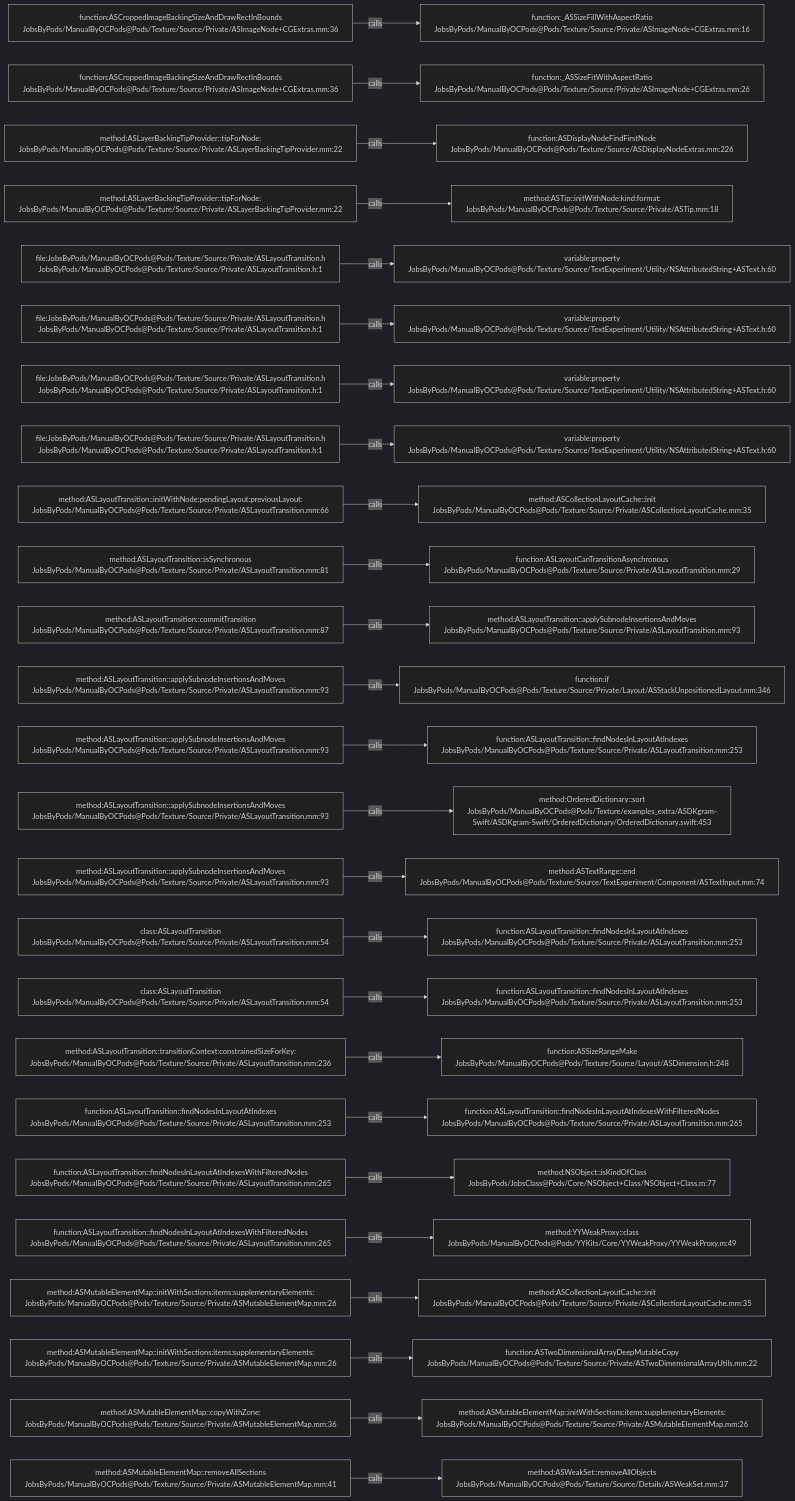
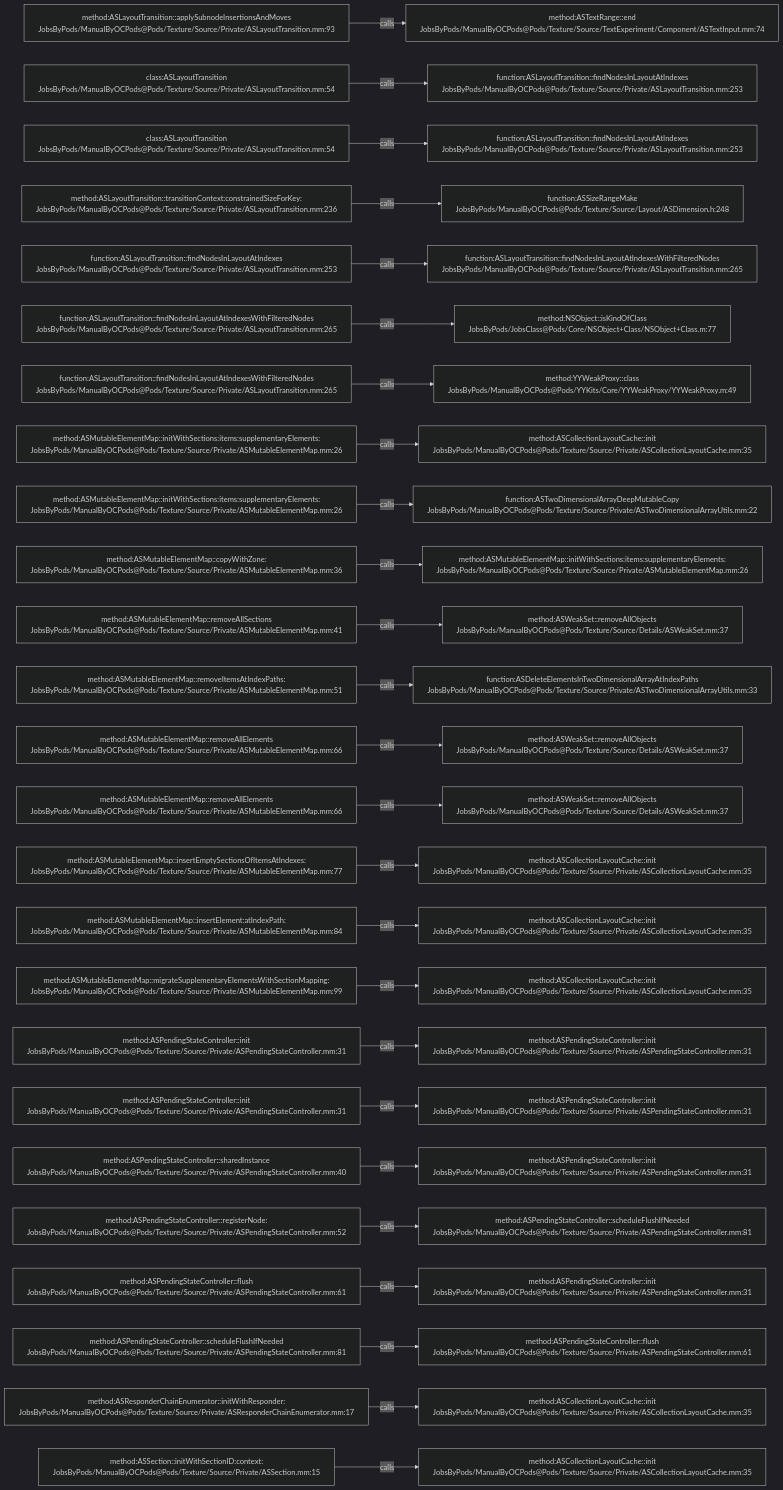
Before and after one commit to JobsKits/JobsOCBaseConfigDemo: the diagram in .codegraph/codegraph.md/graphs/calls-192.md, drawn with Mermaid (dark theme). The commit also changed 296 other files, not shown here.

````diff
--- a/.codegraph/codegraph.md/graphs/calls-192.md
+++ b/.codegraph/codegraph.md/graphs/calls-192.md
@@ -13,78 +13,78 @@
 ```mermaid
 flowchart LR
-  S1["function:ASCroppedImageBackingSizeAndDrawRectInBounds<br/>JobsByPods/ManualByOCPods@Pods/Texture/Source/Private/ASImageNode+CGExtras.mm:36"]
-  T1["function:_ASSizeFillWithAspectRatio<br/>JobsByPods/ManualByOCPods@Pods/Texture/Source/Private/ASImageNode+CGExtras.mm:16"]
+  S1["method:ASLayoutTransition::applySubnodeInsertionsAndMoves<br/>JobsByPods/ManualByOCPods@Pods/Texture/Source/Private/ASLayoutTransition.mm:93"]
+  T1["method:ASTextRange::end<br/>JobsByPods/ManualByOCPods@Pods/Texture/Source/TextExperiment/Component/ASTextInput.mm:74"]
   S1 -->|calls| T1
-  S2["function:ASCroppedImageBackingSizeAndDrawRectInBounds<br/>JobsByPods/ManualByOCPods@Pods/Texture/Source/Private/ASImageNode+CGExtras.mm:36"]
-  T2["function:_ASSizeFitWithAspectRatio<br/>JobsByPods/ManualByOCPods@Pods/Texture/Source/Private/ASImageNode+CGExtras.mm:26"]
+  S2["class:ASLayoutTransition<br/>JobsByPods/ManualByOCPods@Pods/Texture/Source/Private/ASLayoutTransition.mm:54"]
+  T2["function:ASLayoutTransition::findNodesInLayoutAtIndexes<br/>JobsByPods/ManualByOCPods@Pods/Texture/Source/Private/ASLayoutTransition.mm:253"]
   S2 -->|calls| T2
-  S3["method:ASLayerBackingTipProvider::tipForNode:<br/>JobsByPods/ManualByOCPods@Pods/Texture/Source/Private/ASLayerBackingTipProvider.mm:22"]
-  T3["function:ASDisplayNodeFindFirstNode<br/>JobsByPods/ManualByOCPods@Pods/Texture/Source/ASDisplayNodeExtras.mm:226"]
+  S3["class:ASLayoutTransition<br/>JobsByPods/ManualByOCPods@Pods/Texture/Source/Private/ASLayoutTransition.mm:54"]
+  T3["function:ASLayoutTransition::findNodesInLayoutAtIndexes<br/>JobsByPods/ManualByOCPods@Pods/Texture/Source/Private/ASLayoutTransition.mm:253"]
   S3 -->|calls| T3
-  S4["method:ASLayerBackingTipProvider::tipForNode:<br/>JobsByPods/ManualByOCPods@Pods/Texture/Source/Private/ASLayerBackingTipProvider.mm:22"]
-  T4["method:ASTip::initWithNode:kind:format:<br/>JobsByPods/ManualByOCPods@Pods/Texture/Source/Private/ASTip.mm:18"]
+  S4["method:ASLayoutTransition::transitionContext:constrainedSizeForKey:<br/>JobsByPods/ManualByOCPods@Pods/Texture/Source/Private/ASLayoutTransition.mm:236"]
+  T4["function:ASSizeRangeMake<br/>JobsByPods/ManualByOCPods@Pods/Texture/Source/Layout/ASDimension.h:248"]
   S4 -->|calls| T4
-  S5["file:JobsByPods/ManualByOCPods@Pods/Texture/Source/Private/ASLayoutTransition.h<br/>JobsByPods/ManualByOCPods@Pods/Texture/Source/Private/ASLayoutTransition.h:1"]
-  T5["variable:property<br/>JobsByPods/ManualByOCPods@Pods/Texture/Source/TextExperiment/Utility/NSAttributedString+ASText.h:60"]
+  S5["function:ASLayoutTransition::findNodesInLayoutAtIndexes<br/>JobsByPods/ManualByOCPods@Pods/Texture/Source/Private/ASLayoutTransition.mm:253"]
+  T5["function:ASLayoutTransition::findNodesInLayoutAtIndexesWithFilteredNodes<br/>JobsByPods/ManualByOCPods@Pods/Texture/Source/Private/ASLayoutTransition.mm:265"]
   S5 -->|calls| T5
-  S6["file:JobsByPods/ManualByOCPods@Pods/Texture/Source/Private/ASLayoutTransition.h<br/>JobsByPods/ManualByOCPods@Pods/Texture/Source/Private/ASLayoutTransition.h:1"]
-  T6["variable:property<br/>JobsByPods/ManualByOCPods@Pods/Texture/Source/TextExperiment/Utility/NSAttributedString+ASText.h:60"]
+  S6["function:ASLayoutTransition::findNodesInLayoutAtIndexesWithFilteredNodes<br/>JobsByPods/ManualByOCPods@Pods/Texture/Source/Private/ASLayoutTransition.mm:265"]
+  T6["method:NSObject::isKindOfClass<br/>JobsByPods/JobsClass@Pods/Core/NSObject+Class/NSObject+Class.m:77"]
   S6 -->|calls| T6
-  S7["file:JobsByPods/ManualByOCPods@Pods/Texture/Source/Private/ASLayoutTransition.h<br/>JobsByPods/ManualByOCPods@Pods/Texture/Source/Private/ASLayoutTransition.h:1"]
-  T7["variable:property<br/>JobsByPods/ManualByOCPods@Pods/Texture/Source/TextExperiment/Utility/NSAttributedString+ASText.h:60"]
+  S7["function:ASLayoutTransition::findNodesInLayoutAtIndexesWithFilteredNodes<br/>JobsByPods/ManualByOCPods@Pods/Texture/Source/Private/ASLayoutTransition.mm:265"]
+  T7["method:YYWeakProxy::class<br/>JobsByPods/ManualByOCPods@Pods/YYKits/Core/YYWeakProxy/YYWeakProxy.m:49"]
   S7 -->|calls| T7
-  S8["file:JobsByPods/ManualByOCPods@Pods/Texture/Source/Private/ASLayoutTransition.h<br/>JobsByPods/ManualByOCPods@Pods/Texture/Source/Private/ASLayoutTransition.h:1"]
-  T8["variable:property<br/>JobsByPods/ManualByOCPods@Pods/Texture/Source/TextExperiment/Utility/NSAttributedString+ASText.h:60"]
+  S8["method:ASMutableElementMap::initWithSections:items:supplementaryElements:<br/>JobsByPods/ManualByOCPods@Pods/Texture/Source/Private/ASMutableElementMap.mm:26"]
+  T8["method:ASCollectionLayoutCache::init<br/>JobsByPods/ManualByOCPods@Pods/Texture/Source/Private/ASCollectionLayoutCache.mm:35"]
   S8 -->|calls| T8
-  S9["method:ASLayoutTransition::initWithNode:pendingLayout:previousLayout:<br/>JobsByPods/ManualByOCPods@Pods/Texture/Source/Private/ASLayoutTransition.mm:66"]
-  T9["method:ASCollectionLayoutCache::init<br/>JobsByPods/ManualByOCPods@Pods/Texture/Source/Private/ASCollectionLayoutCache.mm:35"]
+  S9["method:ASMutableElementMap::initWithSections:items:supplementaryElements:<br/>JobsByPods/ManualByOCPods@Pods/Texture/Source/Private/ASMutableElementMap.mm:26"]
+  T9["function:ASTwoDimensionalArrayDeepMutableCopy<br/>JobsByPods/ManualByOCPods@Pods/Texture/Source/Private/ASTwoDimensionalArrayUtils.mm:22"]
   S9 -->|calls| T9
-  S10["method:ASLayoutTransition::isSynchronous<br/>JobsByPods/ManualByOCPods@Pods/Texture/Source/Private/ASLayoutTransition.mm:81"]
-  T10["function:ASLayoutCanTransitionAsynchronous<br/>JobsByPods/ManualByOCPods@Pods/Texture/Source/Private/ASLayoutTransition.mm:29"]
+  S10["method:ASMutableElementMap::copyWithZone:<br/>JobsByPods/ManualByOCPods@Pods/Texture/Source/Private/ASMutableElementMap.mm:36"]
+  T10["method:ASMutableElementMap::initWithSections:items:supplementaryElements:<br/>JobsByPods/ManualByOCPods@Pods/Texture/Source/Private/ASMutableElementMap.mm:26"]
   S10 -->|calls| T10
-  S11["method:ASLayoutTransition::commitTransition<br/>JobsByPods/ManualByOCPods@Pods/Texture/Source/Private/ASLayoutTransition.mm:87"]
-  T11["method:ASLayoutTransition::applySubnodeInsertionsAndMoves<br/>JobsByPods/ManualByOCPods@Pods/Texture/Source/Private/ASLayoutTransition.mm:93"]
+  S11["method:ASMutableElementMap::removeAllSections<br/>JobsByPods/ManualByOCPods@Pods/Texture/Source/Private/ASMutableElementMap.mm:41"]
+  T11["method:ASWeakSet::removeAllObjects<br/>JobsByPods/ManualByOCPods@Pods/Texture/Source/Details/ASWeakSet.mm:37"]
   S11 -->|calls| T11
-  S12["method:ASLayoutTransition::applySubnodeInsertionsAndMoves<br/>JobsByPods/ManualByOCPods@Pods/Texture/Source/Private/ASLayoutTransition.mm:93"]
-  T12["function:if<br/>JobsByPods/ManualByOCPods@Pods/Texture/Source/Private/Layout/ASStackUnpositionedLayout.mm:346"]
+  S12["method:ASMutableElementMap::removeItemsAtIndexPaths:<br/>JobsByPods/ManualByOCPods@Pods/Texture/Source/Private/ASMutableElementMap.mm:51"]
+  T12["function:ASDeleteElementsInTwoDimensionalArrayAtIndexPaths<br/>JobsByPods/ManualByOCPods@Pods/Texture/Source/Private/ASTwoDimensionalArrayUtils.mm:33"]
   S12 -->|calls| T12
-  S13["method:ASLayoutTransition::applySubnodeInsertionsAndMoves<br/>JobsByPods/ManualByOCPods@Pods/Texture/Source/Private/ASLayoutTransition.mm:93"]
-  T13["function:ASLayoutTransition::findNodesInLayoutAtIndexes<br/>JobsByPods/ManualByOCPods@Pods/Texture/Source/Private/ASLayoutTransition.mm:253"]
+  S13["method:ASMutableElementMap::removeAllElements<br/>JobsByPods/ManualByOCPods@Pods/Texture/Source/Private/ASMutableElementMap.mm:66"]
+  T13["method:ASWeakSet::removeAllObjects<br/>JobsByPods/ManualByOCPods@Pods/Texture/Source/Details/ASWeakSet.mm:37"]
   S13 -->|calls| T13
-  S14["method:ASLayoutTransition::applySubnodeInsertionsAndMoves<br/>JobsByPods/ManualByOCPods@Pods/Texture/Source/Private/ASLayoutTransition.mm:93"]
-  T14["method:OrderedDictionary::sort<br/>JobsByPods/ManualByOCPods@Pods/Texture/examples_extra/ASDKgram-Swift/ASDKgram-Swift/OrderedDictionary/OrderedDictionary.swift:453"]
+  S14["method:ASMutableElementMap::removeAllElements<br/>JobsByPods/ManualByOCPods@Pods/Texture/Source/Private/ASMutableElementMap.mm:66"]
+  T14["method:ASWeakSet::removeAllObjects<br/>JobsByPods/ManualByOCPods@Pods/Texture/Source/Details/ASWeakSet.mm:37"]
   S14 -->|calls| T14
-  S15["method:ASLayoutTransition::applySubnodeInsertionsAndMoves<br/>JobsByPods/ManualByOCPods@Pods/Texture/Source/Private/ASLayoutTransition.mm:93"]
-  T15["method:ASTextRange::end<br/>JobsByPods/ManualByOCPods@Pods/Texture/Source/TextExperiment/Component/ASTextInput.mm:74"]
+  S15["method:ASMutableElementMap::insertEmptySectionsOfItemsAtIndexes:<br/>JobsByPods/ManualByOCPods@Pods/Texture/Source/Private/ASMutableElementMap.mm:77"]
+  T15["method:ASCollectionLayoutCache::init<br/>JobsByPods/ManualByOCPods@Pods/Texture/Source/Private/ASCollectionLayoutCache.mm:35"]
   S15 -->|calls| T15
-  S16["class:ASLayoutTransition<br/>JobsByPods/ManualByOCPods@Pods/Texture/Source/Private/ASLayoutTransition.mm:54"]
-  T16["function:ASLayoutTransition::findNodesInLayoutAtIndexes<br/>JobsByPods/ManualByOCPods@Pods/Texture/Source/Private/ASLayoutTransition.mm:253"]
+  S16["method:ASMutableElementMap::insertElement:atIndexPath:<br/>JobsByPods/ManualByOCPods@Pods/Texture/Source/Private/ASMutableElementMap.mm:84"]
+  T16["method:ASCollectionLayoutCache::init<br/>JobsByPods/ManualByOCPods@Pods/Texture/Source/Private/ASCollectionLayoutCache.mm:35"]
   S16 -->|calls| T16
-  S17["class:ASLayoutTransition<br/>JobsByPods/ManualByOCPods@Pods/Texture/Source/Private/ASLayoutTransition.mm:54"]
-  T17["function:ASLayoutTransition::findNodesInLayoutAtIndexes<br/>JobsByPods/ManualByOCPods@Pods/Texture/Source/Private/ASLayoutTransition.mm:253"]
+  S17["method:ASMutableElementMap::migrateSupplementaryElementsWithSectionMapping:<br/>JobsByPods/ManualByOCPods@Pods/Texture/Source/Private/ASMutableElementMap.mm:99"]
+  T17["method:ASCollectionLayoutCache::init<br/>JobsByPods/ManualByOCPods@Pods/Texture/Source/Private/ASCollectionLayoutCache.mm:35"]
   S17 -->|calls| T17
-  S18["method:ASLayoutTransition::transitionContext:constrainedSizeForKey:<br/>JobsByPods/ManualByOCPods@Pods/Texture/Source/Private/ASLayoutTransition.mm:236"]
-  T18["function:ASSizeRangeMake<br/>JobsByPods/ManualByOCPods@Pods/Texture/Source/Layout/ASDimension.h:248"]
+  S18["method:ASPendingStateController::init<br/>JobsByPods/ManualByOCPods@Pods/Texture/Source/Private/ASPendingStateController.mm:31"]
+  T18["method:ASPendingStateController::init<br/>JobsByPods/ManualByOCPods@Pods/Texture/Source/Private/ASPendingStateController.mm:31"]
   S18 -->|calls| T18
-  S19["function:ASLayoutTransition::findNodesInLayoutAtIndexes<br/>JobsByPods/ManualByOCPods@Pods/Texture/Source/Private/ASLayoutTransition.mm:253"]
-  T19["function:ASLayoutTransition::findNodesInLayoutAtIndexesWithFilteredNodes<br/>JobsByPods/ManualByOCPods@Pods/Texture/Source/Private/ASLayoutTransition.mm:265"]
+  S19["method:ASPendingStateController::init<br/>JobsByPods/ManualByOCPods@Pods/Texture/Source/Private/ASPendingStateController.mm:31"]
+  T19["method:ASPendingStateController::init<br/>JobsByPods/ManualByOCPods@Pods/Texture/Source/Private/ASPendingStateController.mm:31"]
   S19 -->|calls| T19
-  S20["function:ASLayoutTransition::findNodesInLayoutAtIndexesWithFilteredNodes<br/>JobsByPods/ManualByOCPods@Pods/Texture/Source/Private/ASLayoutTransition.mm:265"]
-  T20["method:NSObject::isKindOfClass<br/>JobsByPods/JobsClass@Pods/Core/NSObject+Class/NSObject+Class.m:77"]
+  S20["method:ASPendingStateController::sharedInstance<br/>JobsByPods/ManualByOCPods@Pods/Texture/Source/Private/ASPendingStateController.mm:40"]
+  T20["method:ASPendingStateController::init<br/>JobsByPods/ManualByOCPods@Pods/Texture/Source/Private/ASPendingStateController.mm:31"]
   S20 -->|calls| T20
-  S21["function:ASLayoutTransition::findNodesInLayoutAtIndexesWithFilteredNodes<br/>JobsByPods/ManualByOCPods@Pods/Texture/Source/Private/ASLayoutTransition.mm:265"]
-  T21["method:YYWeakProxy::class<br/>JobsByPods/ManualByOCPods@Pods/YYKits/Core/YYWeakProxy/YYWeakProxy.m:49"]
+  S21["method:ASPendingStateController::registerNode:<br/>JobsByPods/ManualByOCPods@Pods/Texture/Source/Private/ASPendingStateController.mm:52"]
+  T21["method:ASPendingStateController::scheduleFlushIfNeeded<br/>JobsByPods/ManualByOCPods@Pods/Texture/Source/Private/ASPendingStateController.mm:81"]
   S21 -->|calls| T21
-  S22["method:ASMutableElementMap::initWithSections:items:supplementaryElements:<br/>JobsByPods/ManualByOCPods@Pods/Texture/Source/Private/ASMutableElementMap.mm:26"]
-  T22["method:ASCollectionLayoutCache::init<br/>JobsByPods/ManualByOCPods@Pods/Texture/Source/Private/ASCollectionLayoutCache.mm:35"]
+  S22["method:ASPendingStateController::flush<br/>JobsByPods/ManualByOCPods@Pods/Texture/Source/Private/ASPendingStateController.mm:61"]
+  T22["method:ASPendingStateController::init<br/>JobsByPods/ManualByOCPods@Pods/Texture/Source/Private/ASPendingStateController.mm:31"]
   S22 -->|calls| T22
-  S23["method:ASMutableElementMap::initWithSections:items:supplementaryElements:<br/>JobsByPods/ManualByOCPods@Pods/Texture/Source/Private/ASMutableElementMap.mm:26"]
-  T23["function:ASTwoDimensionalArrayDeepMutableCopy<br/>JobsByPods/ManualByOCPods@Pods/Texture/Source/Private/ASTwoDimensionalArrayUtils.mm:22"]
+  S23["method:ASPendingStateController::scheduleFlushIfNeeded<br/>JobsByPods/ManualByOCPods@Pods/Texture/Source/Private/ASPendingStateController.mm:81"]
+  T23["method:ASPendingStateController::flush<br/>JobsByPods/ManualByOCPods@Pods/Texture/Source/Private/ASPendingStateController.mm:61"]
   S23 -->|calls| T23
-  S24["method:ASMutableElementMap::copyWithZone:<br/>JobsByPods/ManualByOCPods@Pods/Texture/Source/Private/ASMutableElementMap.mm:36"]
-  T24["method:ASMutableElementMap::initWithSections:items:supplementaryElements:<br/>JobsByPods/ManualByOCPods@Pods/Texture/Source/Private/ASMutableElementMap.mm:26"]
+  S24["method:ASResponderChainEnumerator::initWithResponder:<br/>JobsByPods/ManualByOCPods@Pods/Texture/Source/Private/ASResponderChainEnumerator.mm:17"]
+  T24["method:ASCollectionLayoutCache::init<br/>JobsByPods/ManualByOCPods@Pods/Texture/Source/Private/ASCollectionLayoutCache.mm:35"]
   S24 -->|calls| T24
-  S25["method:ASMutableElementMap::removeAllSections<br/>JobsByPods/ManualByOCPods@Pods/Texture/Source/Private/ASMutableElementMap.mm:41"]
-  T25["method:ASWeakSet::removeAllObjects<br/>JobsByPods/ManualByOCPods@Pods/Texture/Source/Details/ASWeakSet.mm:37"]
+  S25["method:ASSection::initWithSectionID:context:<br/>JobsByPods/ManualByOCPods@Pods/Texture/Source/Private/ASSection.mm:15"]
+  T25["method:ASCollectionLayoutCache::init<br/>JobsByPods/ManualByOCPods@Pods/Texture/Source/Private/ASCollectionLayoutCache.mm:35"]
   S25 -->|calls| T25
 ```
````
